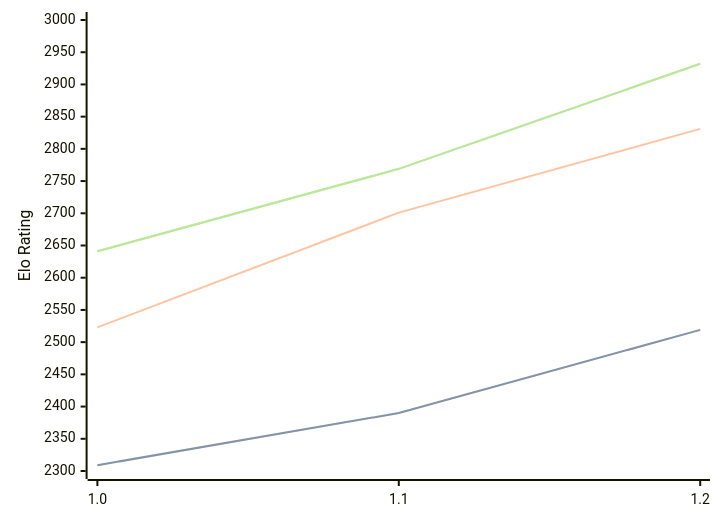
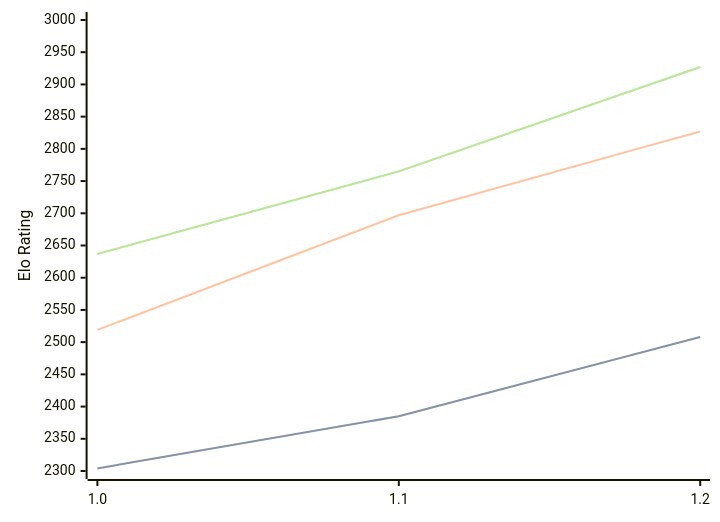
One commit to computer-chess-index/cci changed the first of 3 diagrams in engines/FoxChess.md. Above: the diagram before and after it, drawn with Mermaid. The commit also changed other lines of this file, not shown here.

Commit message:
Update CCI Ratings (ELO VLTC) - 2026-07-16

````diff
--- a/engines/FoxChess.md
+++ b/engines/FoxChess.md
@@ -33,11 +33,11 @@
 ```mermaid
 %%{init: {"theme":"base","themeVariables":{"seriesColors:['#a3a3a3','#222221','#faa371']}}}%%
 xychart-beta
   x-axis ["1.0", "1.1", "1.2"]
   y-axis "Elo Rating" 2300 --> 3000
-  line "STC (8.0+0.08s)" [2309, 2390, 2519]
-  line "STC (8.0+0.08s)" [2309, 2390, 2519]
-  line "LTC (60.0+0.60s)" [2523, 2701, 2831]
-  line "VLTC (2m24s+1.12s)" [2641, 2769, 2932]
-  line "VLTC (2m24s+1.12s)" [2641, 2769, 2932]
+  line "STC (8.0+0.08s)" [2304, 2385, 2508]
+  line "STC (8.0+0.08s)" [2304, 2385, 2508]
+  line "LTC (60.0+0.60s)" [2519, 2697, 2827]
+  line "VLTC (2m24s+1.12s)" [2637, 2765, 2927]
+  line "VLTC (2m24s+1.12s)" [2637, 2765, 2927]
 ```
````
